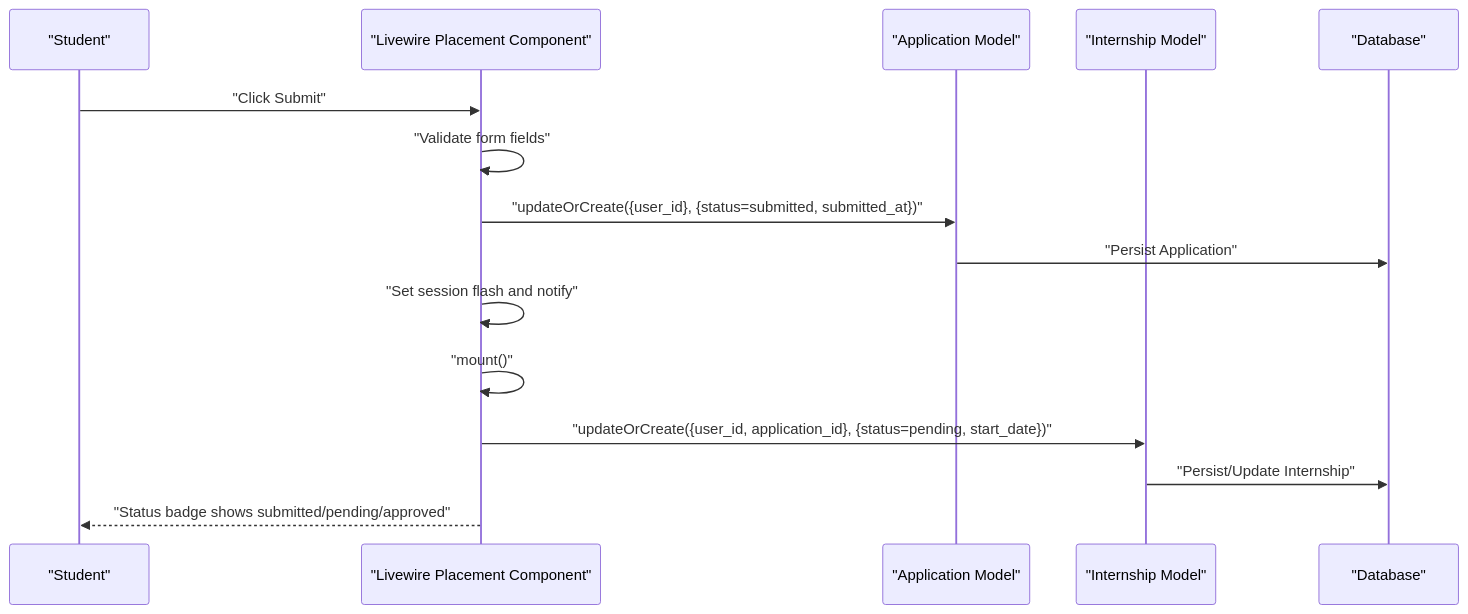
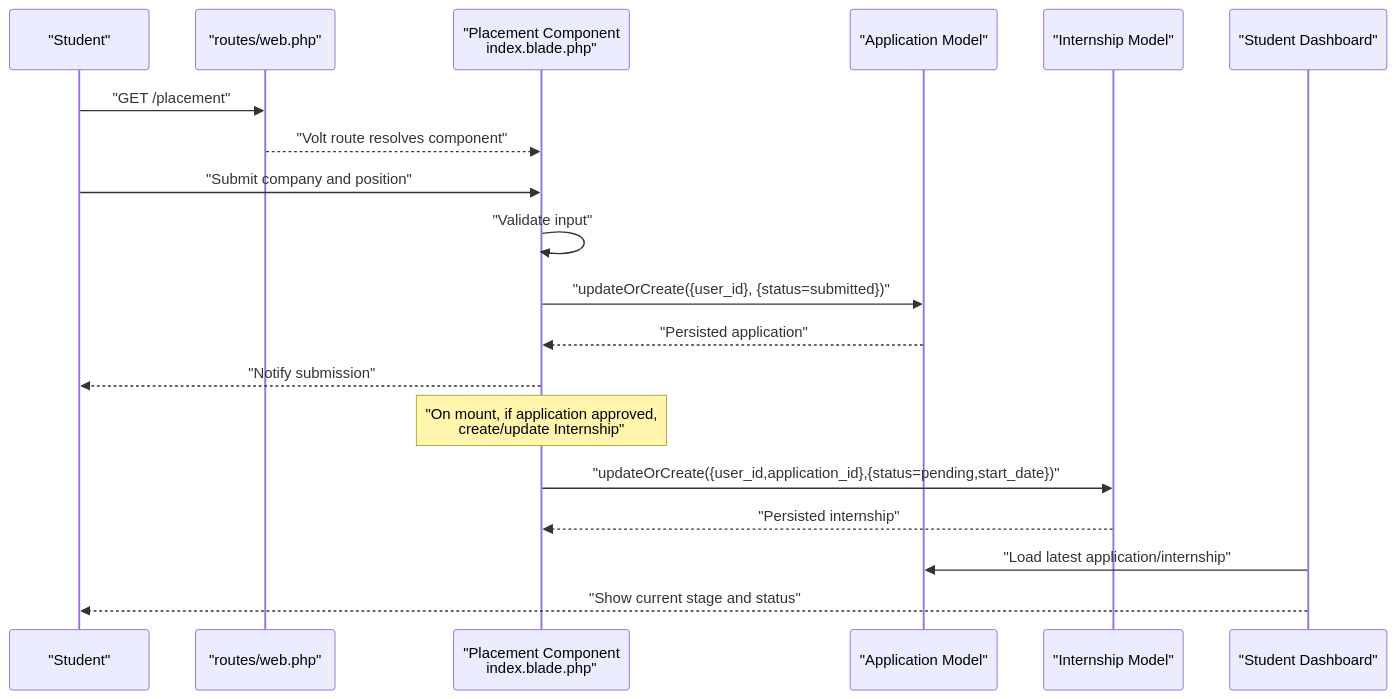
One commit to puromed/internims changed the second of 8 diagrams in .qoder/repowiki/en/content/Core Modules/Student Module/Placement Workflow.md. Above: the diagram before and after it, drawn with Mermaid. The commit also changed other lines of this file and 51 other files, not shown here.

````diff
--- a/.qoder/repowiki/en/content/Core Modules/Student Module/Placement Workflow.md
+++ b/.qoder/repowiki/en/content/Core Modules/Student Module/Placement Workflow.md
@@ -112,17 +128,21 @@
 ```mermaid
 sequenceDiagram
 participant Student as "Student"
-participant UI as "Livewire Placement Component"
+participant Route as "routes/web.php"
+participant Comp as "Placement Component<br/>index.blade.php"
 participant AppModel as "Application Model"
 participant IntModel as "Internship Model"
-participant DB as "Database"
-Student->>UI : "Click Submit"
-UI->>UI : "Validate form fields"
-UI->>AppModel : "updateOrCreate({user_id}, {status=submitted, submitted_at})"
-AppModel->>DB : "Persist Application"
-UI->>UI : "Set session flash and notify"
-UI->>UI : "mount()"
-UI->>IntModel : "updateOrCreate({user_id, application_id}, {status=pending, start_date})"
-IntModel->>DB : "Persist/Update Internship"
-UI-->>Student : "Status badge shows submitted/pending/approved"
+participant Dash as "Student Dashboard"
+Student->>Route : "GET /placement"
+Route-->>Comp : "Volt route resolves component"
+Student->>Comp : "Submit company and position"
+Comp->>Comp : "Validate input"
+Comp->>AppModel : "updateOrCreate({user_id}, {status=submitted})"
+AppModel-->>Comp : "Persisted application"
+Comp-->>Student : "Notify submission"
+Note over Comp : "On mount, if application approved,<br/>create/update Internship"
+Comp->>IntModel : "updateOrCreate({user_id,application_id},{status=pending,start_date})"
+IntModel-->>Comp : "Persisted internship"
+Dash->>AppModel : "Load latest application/internship"
+Dash-->>Student : "Show current stage and status"
 ```
````
